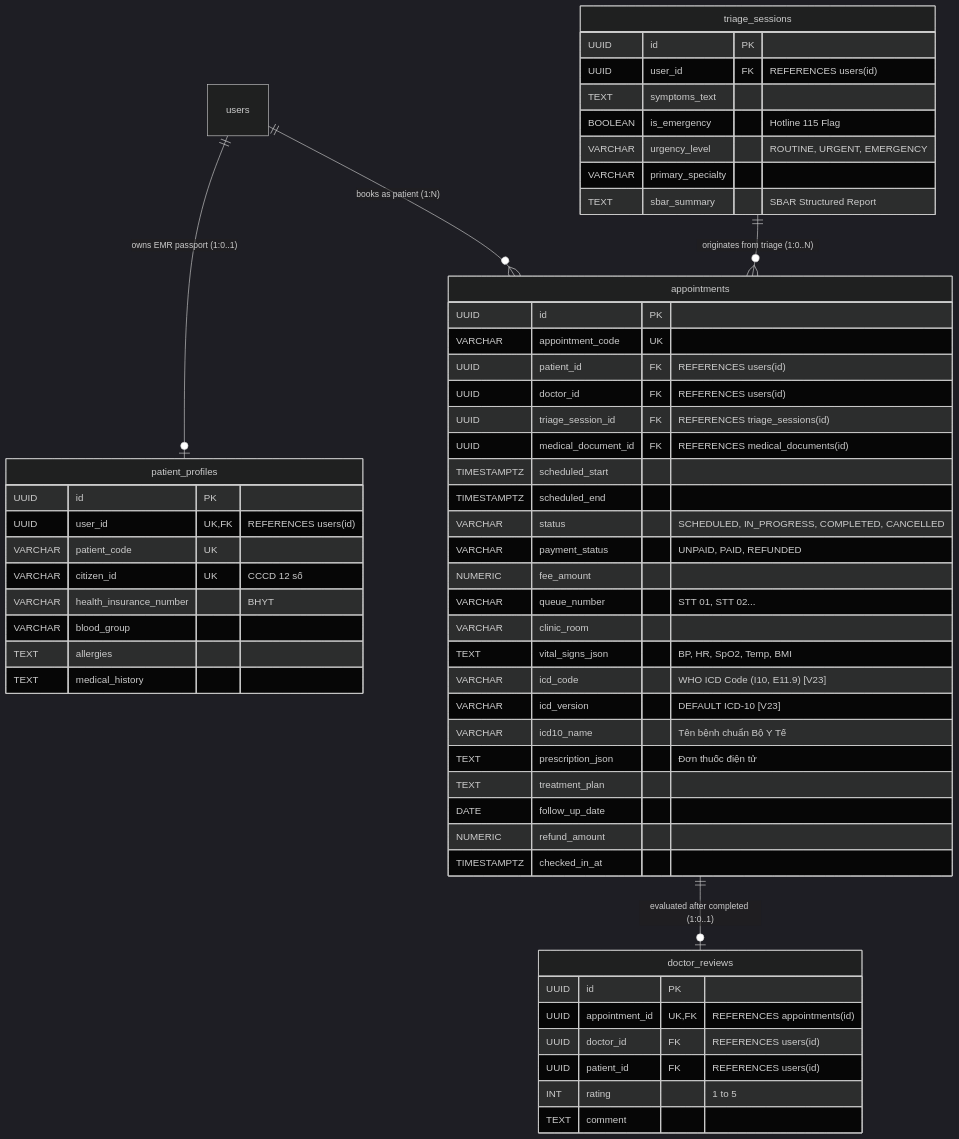
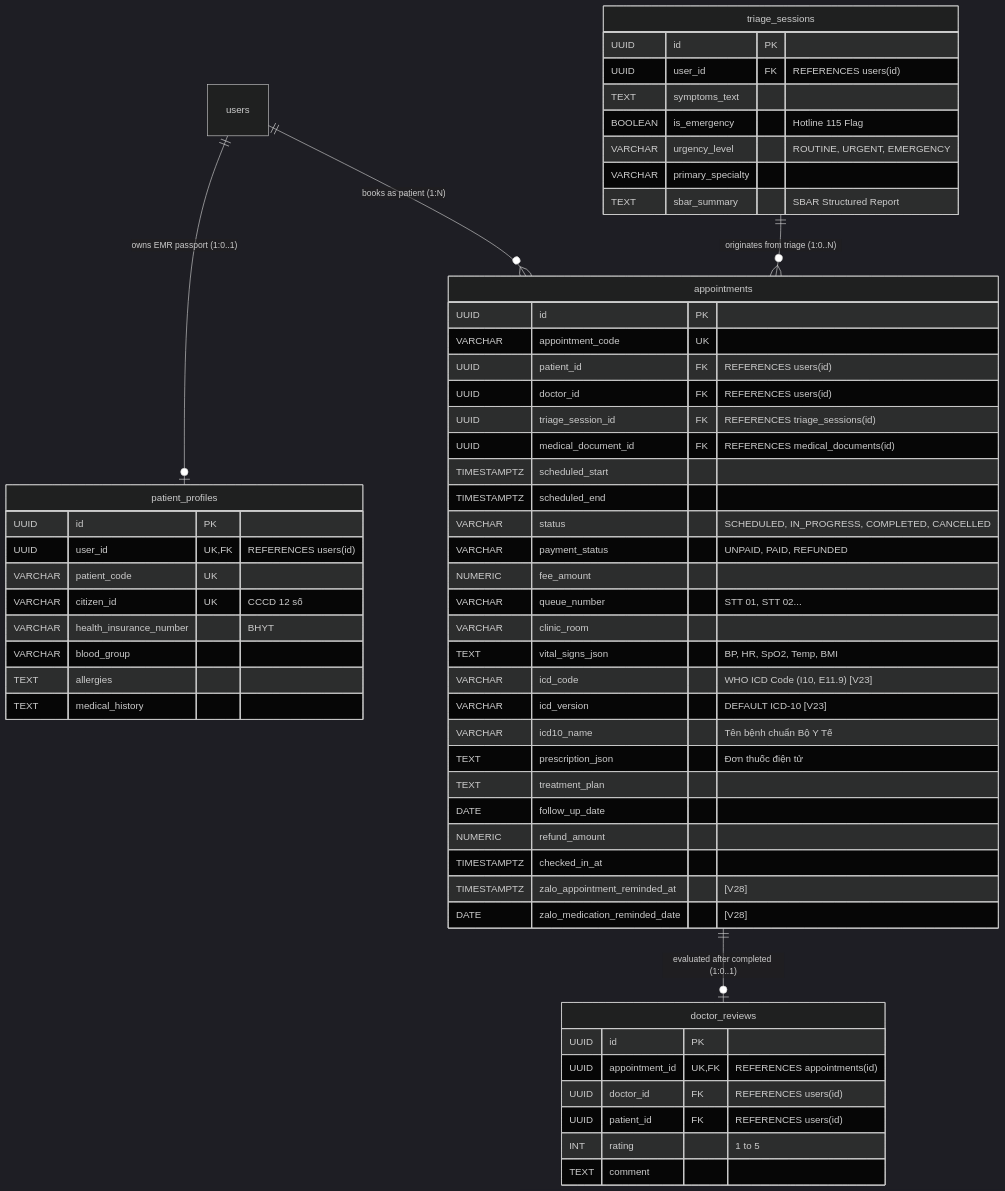
One commit to vinhhotff/KLTN-medical-assistant changed the fourth of 5 diagrams in docs/DATABASE_DESIGN.md. Above: the diagram before and after it, drawn with Mermaid (dark theme). The commit also changed other lines of this file and 14 other files, not shown here.

First line of the commit message:
feat(zalo): integrate Zalo OA v3 appointment and doctor-prescribed medication reminders

````diff
--- a/docs/DATABASE_DESIGN.md
+++ b/docs/DATABASE_DESIGN.md
@@ -175,59 +175,61 @@
 ```mermaid
 erDiagram
     users ||--o| patient_profiles : "owns EMR passport (1:0..1)"
     users ||--o{ appointments : "books as patient (1:N)"
     triage_sessions ||--o{ appointments : "originates from triage (1:0..N)"
     appointments ||--o| doctor_reviews : "evaluated after completed (1:0..1)"
 
     appointments {
         UUID id PK
         VARCHAR appointment_code UK
         UUID patient_id FK "REFERENCES users(id)"
         UUID doctor_id FK "REFERENCES users(id)"
         UUID triage_session_id FK "REFERENCES triage_sessions(id)"
         UUID medical_document_id FK "REFERENCES medical_documents(id)"
         TIMESTAMPTZ scheduled_start
         TIMESTAMPTZ scheduled_end
         VARCHAR status "SCHEDULED, IN_PROGRESS, COMPLETED, CANCELLED"
         VARCHAR payment_status "UNPAID, PAID, REFUNDED"
         NUMERIC fee_amount
         VARCHAR queue_number "STT 01, STT 02..."
         VARCHAR clinic_room
         TEXT vital_signs_json "BP, HR, SpO2, Temp, BMI"
         VARCHAR icd_code "WHO ICD Code (I10, E11.9) [V23]"
         VARCHAR icd_version "DEFAULT ICD-10 [V23]"
         VARCHAR icd10_name "Tên bệnh chuẩn Bộ Y Tế"
         TEXT prescription_json "Đơn thuốc điện tử"
         TEXT treatment_plan
         DATE follow_up_date
         NUMERIC refund_amount
         TIMESTAMPTZ checked_in_at
+        TIMESTAMPTZ zalo_appointment_reminded_at "[V28]"
+        DATE zalo_medication_reminded_date "[V28]"
     }
     patient_profiles {
         UUID id PK
         UUID user_id UK, FK "REFERENCES users(id)"
         VARCHAR patient_code UK
         VARCHAR citizen_id UK "CCCD 12 số"
         VARCHAR health_insurance_number "BHYT"
         VARCHAR blood_group
         TEXT allergies
         TEXT medical_history
     }
     triage_sessions {
         UUID id PK
         UUID user_id FK "REFERENCES users(id)"
         TEXT symptoms_text
         BOOLEAN is_emergency "Hotline 115 Flag"
         VARCHAR urgency_level "ROUTINE, URGENT, EMERGENCY"
         VARCHAR primary_specialty
         TEXT sbar_summary "SBAR Structured Report"
     }
     doctor_reviews {
         UUID id PK
         UUID appointment_id UK, FK "REFERENCES appointments(id)"
         UUID doctor_id FK "REFERENCES users(id)"
         UUID patient_id FK "REFERENCES users(id)"
         INT rating "1 to 5"
         TEXT comment
     }
 ```
````
